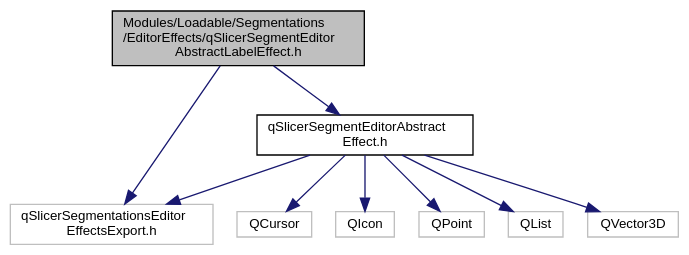
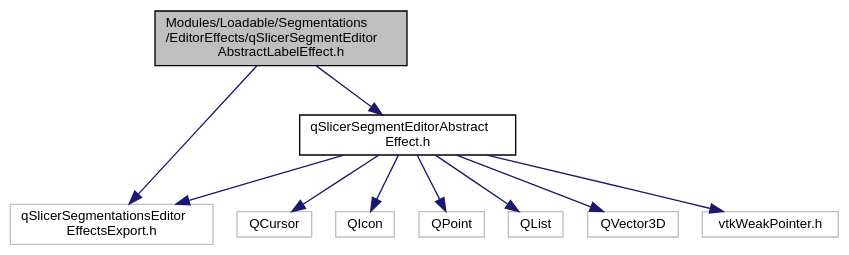
One commit to jamesobutler/apidocs.slicer.org changed the diagram in master/qSlicerSegmentEditorAbstractLabelEffect_8h__incl.dot. Above: the diagram before and after it, drawn with Graphviz. The commit also changed 4409 other files, not shown here.

```diff
--- a/master/qSlicerSegmentEditorAbstractLabelEffect_8h__incl.dot
+++ b/master/qSlicerSegmentEditorAbstractLabelEffect_8h__incl.dot
@@ -1,22 +1,24 @@
 digraph "Modules/Loadable/Segmentations/EditorEffects/qSlicerSegmentEditorAbstractLabelEffect.h"
 {
   bgcolor="transparent";
   edge [fontname="Helvetica",fontsize="10",labelfontname="Helvetica",labelfontsize="10"];
   node [fontname="Helvetica",fontsize="10",shape=record];
   Node0 [label="Modules/Loadable/Segmentations\l/EditorEffects/qSlicerSegmentEditor\lAbstractLabelEffect.h",height=0.2,width=0.4,color="black", fillcolor="grey75", style="filled", fontcolor="black"];
   Node0 -> Node1 [color="midnightblue",fontsize="10",style="solid",fontname="Helvetica"];
   Node1 [label="qSlicerSegmentationsEditor\lEffectsExport.h",height=0.2,width=0.4,color="grey75"];
   Node0 -> Node2 [color="midnightblue",fontsize="10",style="solid",fontname="Helvetica"];
   Node2 [label="qSlicerSegmentEditorAbstract\lEffect.h",height=0.2,width=0.4,color="black",URL="$qSlicerSegmentEditorAbstractEffect_8h.html"];
   Node2 -> Node1 [color="midnightblue",fontsize="10",style="solid",fontname="Helvetica"];
   Node2 -> Node3 [color="midnightblue",fontsize="10",style="solid",fontname="Helvetica"];
   Node3 [label="QCursor",height=0.2,width=0.4,color="grey75"];
   Node2 -> Node4 [color="midnightblue",fontsize="10",style="solid",fontname="Helvetica"];
   Node4 [label="QIcon",height=0.2,width=0.4,color="grey75"];
   Node2 -> Node5 [color="midnightblue",fontsize="10",style="solid",fontname="Helvetica"];
   Node5 [label="QPoint",height=0.2,width=0.4,color="grey75"];
   Node2 -> Node6 [color="midnightblue",fontsize="10",style="solid",fontname="Helvetica"];
   Node6 [label="QList",height=0.2,width=0.4,color="grey75"];
   Node2 -> Node7 [color="midnightblue",fontsize="10",style="solid",fontname="Helvetica"];
   Node7 [label="QVector3D",height=0.2,width=0.4,color="grey75"];
+  Node2 -> Node8 [color="midnightblue",fontsize="10",style="solid",fontname="Helvetica"];
+  Node8 [label="vtkWeakPointer.h",height=0.2,width=0.4,color="grey75"];
 }
```
